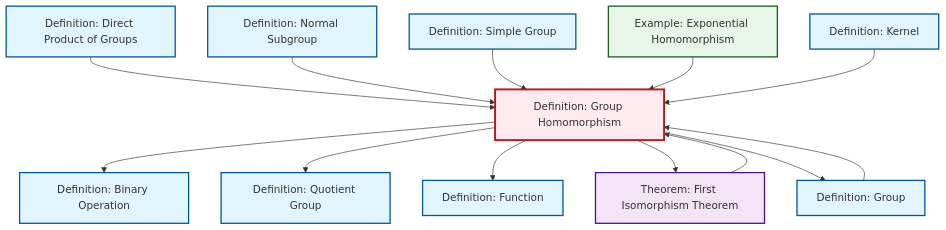
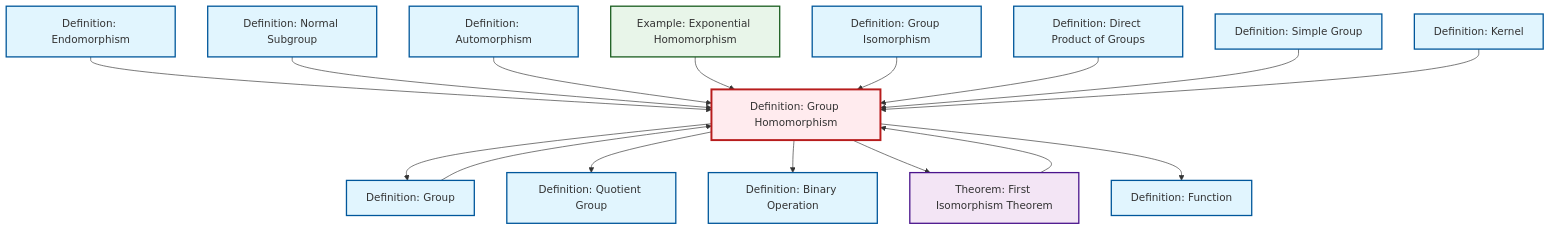
The diagram in content/ja/algebra/def-homomorphism.qmd (RK0429/ModernMath), drawn with Mermaid before and after one commit. The commit also changed other lines of this file and 581 other files, not shown here.

````diff
--- a/content/ja/algebra/def-homomorphism.qmd
+++ b/content/ja/algebra/def-homomorphism.qmd
@@ -66,43 +66,52 @@
 ```{mermaid}
 %%| fig-cap: "Local dependency graph"
 graph TD
     classDef definition fill:#e1f5fe,stroke:#01579b,stroke-width:2px
     classDef theorem fill:#f3e5f5,stroke:#4a148c,stroke-width:2px
     classDef axiom fill:#fff3e0,stroke:#e65100,stroke-width:2px
     classDef example fill:#e8f5e9,stroke:#1b5e20,stroke-width:2px
     classDef current fill:#ffebee,stroke:#b71c1c,stroke-width:3px
+    def-simple-group["Definition: Simple Group"]:::definition
+    def-binary-operation["Definition: Binary Operation"]:::definition
+    def-function["Definition: Function"]:::definition
+    ex-exponential-homomorphism["Example: Exponential Homomorphism"]:::example
+    def-normal-subgroup["Definition: Normal Subgroup"]:::definition
+    def-quotient-group["Definition: Quotient Group"]:::definition
+    def-isomorphism["Definition: Group Isomorphism"]:::definition
+    def-kernel["Definition: Kernel"]:::definition
+    def-endomorphism["Definition: Endomorphism"]:::definition
+    def-group["Definition: Group"]:::definition
+    def-automorphism["Definition: Automorphism"]:::definition
     def-homomorphism["Definition: Group Homomorphism"]:::definition
-    def-group["Definition: Group"]:::definition
-    def-function["Definition: Function"]:::definition
     thm-first-isomorphism["Theorem: First Isomorphism Theorem"]:::theorem
-    def-quotient-group["Definition: Quotient Group"]:::definition
-    ex-exponential-homomorphism["Example: Exponential Homomorphism"]:::example
-    def-binary-operation["Definition: Binary Operation"]:::definition
-    def-simple-group["Definition: Simple Group"]:::definition
     def-direct-product["Definition: Direct Product of Groups"]:::definition
-    def-kernel["Definition: Kernel"]:::definition
-    def-normal-subgroup["Definition: Normal Subgroup"]:::definition
+    def-endomorphism --> def-homomorphism
+    def-normal-subgroup --> def-homomorphism
+    def-automorphism --> def-homomorphism
+    def-homomorphism --> def-group
+    ex-exponential-homomorphism --> def-homomorphism
+    def-isomorphism --> def-homomorphism
+    def-direct-product --> def-homomorphism
+    thm-first-isomorphism --> def-homomorphism
+    def-group --> def-homomorphism
+    def-homomorphism --> def-quotient-group
     def-homomorphism --> def-binary-operation
-    def-direct-product --> def-homomorphism
-    def-homomorphism --> def-quotient-group
-    def-normal-subgroup --> def-homomorphism
-    def-group --> def-homomorphism
+    def-homomorphism --> thm-first-isomorphism
+    def-homomorphism --> def-function
     def-simple-group --> def-homomorphism
-    def-homomorphism --> def-function
-    def-homomorphism --> thm-first-isomorphism
-    ex-exponential-homomorphism --> def-homomorphism
     def-kernel --> def-homomorphism
-    def-homomorphism --> def-group
-    thm-first-isomorphism --> def-homomorphism
     class def-homomorphism current
+    click def-simple-group "def-simple-group.html" "Definition: Simple Groupへ"
+    click def-binary-operation "def-binary-operation.html" "Definition: Binary Operationへ"
+    click def-function "def-function.html" "Definition: Functionへ"
+    click ex-exponential-homomorphism "ex-exponential-homomorphism.html" "Example: Exponential Homomorphismへ"
+    click def-normal-subgroup "def-normal-subgroup.html" "Definition: Normal Subgroupへ"
+    click def-quotient-group "def-quotient-group.html" "Definition: Quotient Groupへ"
+    click def-isomorphism "def-isomorphism.html" "Definition: Group Isomorphismへ"
+    click def-kernel "def-kernel.html" "Definition: Kernelへ"
+    click def-endomorphism "def-endomorphism.html" "Definition: Endomorphismへ"
     click def-group "def-group.html" "Definition: Groupへ"
-    click def-function "def-function.html" "Definition: Functionへ"
+    click def-automorphism "def-automorphism.html" "Definition: Automorphismへ"
     click thm-first-isomorphism "thm-first-isomorphism.html" "Theorem: First Isomorphism Theoremへ"
-    click def-quotient-group "def-quotient-group.html" "Definition: Quotient Groupへ"
-    click ex-exponential-homomorphism "ex-exponential-homomorphism.html" "Example: Exponential Homomorphismへ"
-    click def-binary-operation "def-binary-operation.html" "Definition: Binary Operationへ"
-    click def-simple-group "def-simple-group.html" "Definition: Simple Groupへ"
     click def-direct-product "def-direct-product.html" "Definition: Direct Product of Groupsへ"
-    click def-kernel "def-kernel.html" "Definition: Kernelへ"
-    click def-normal-subgroup "def-normal-subgroup.html" "Definition: Normal Subgroupへ"
 ```
````
